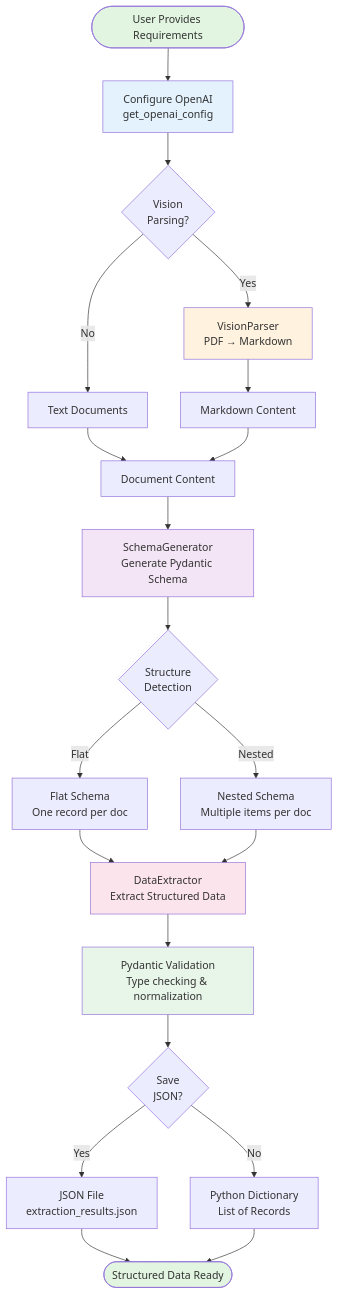
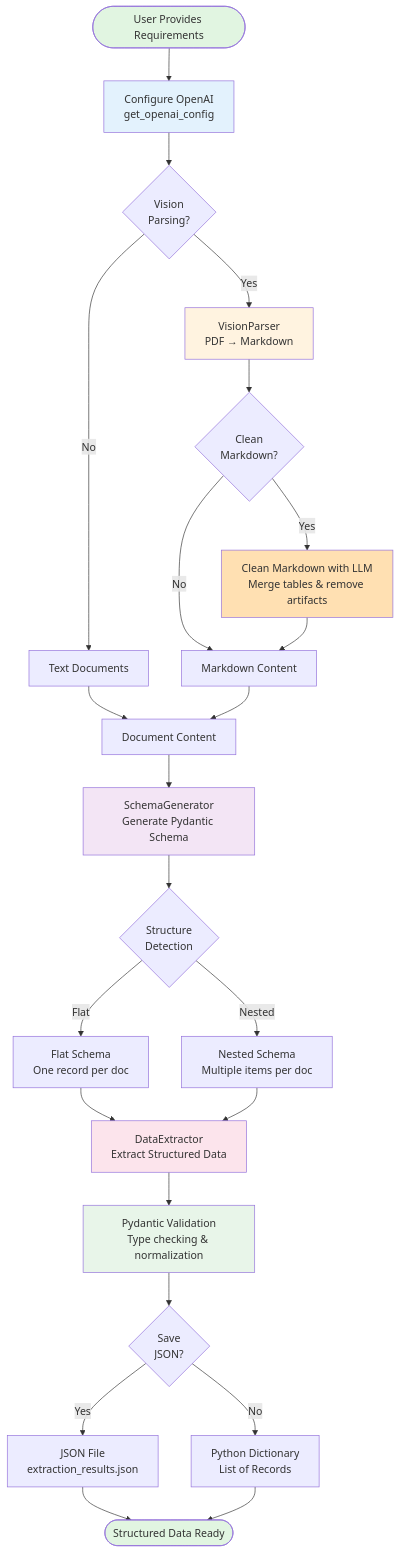
One commit to umairalipathan1980/Knowledge-Extraction-Using-Dynamic-Schema-Generation changed the diagram in README.md. Above: the diagram before and after it, drawn with Mermaid.

Commit message:
Adjusted mermaid in README

````diff
--- a/README.md
+++ b/README.md
@@ -16,40 +16,46 @@
 ```mermaid
 graph TB
     Start([User Provides Requirements]) --> Config[Configure OpenAI<br/>get_openai_config]
 
     Config --> PDF{Vision<br/>Parsing?}
 
     PDF -->|Yes| Parser[VisionParser<br/>PDF → Markdown]
     PDF -->|No| TextDoc[Text Documents]
 
-    Parser --> Markdown[Markdown Content]
+    Parser --> Clean{Clean<br/>Markdown?}
+
+    Clean -->|Yes| CleanLLM[Clean Markdown with LLM<br/>Merge tables & remove artifacts]
+    Clean -->|No| Markdown[Markdown Content]
+
+    CleanLLM --> Markdown
     TextDoc --> DocInput[Document Content]
     Markdown --> DocInput
 
     DocInput --> SchemaGen[SchemaGenerator<br/>Generate Pydantic Schema]
 
     SchemaGen --> Detect{Structure<br/>Detection}
     Detect -->|Flat| FlatSchema[Flat Schema<br/>One record per doc]
     Detect -->|Nested| NestedSchema[Nested Schema<br/>Multiple items per doc]
 
     FlatSchema --> Extract[DataExtractor<br/>Extract Structured Data]
     NestedSchema --> Extract
 
     Extract --> Validate[Pydantic Validation<br/>Type checking & normalization]
 
     Validate --> Output{Save<br/>JSON?}
 
     Output -->|Yes| JSON[JSON File<br/>extraction_results.json]
     Output -->|No| Results[Python Dictionary<br/>List of Records]
 
     JSON --> End([Structured Data Ready])
     Results --> End
 
     style Start fill:#e1f5e1
     style Config fill:#e3f2fd
     style Parser fill:#fff3e0
+    style CleanLLM fill:#ffe0b2
     style SchemaGen fill:#f3e5f5
     style Extract fill:#fce4ec
     style End fill:#e1f5e1
     style Validate fill:#e8f5e9
 ```
````
